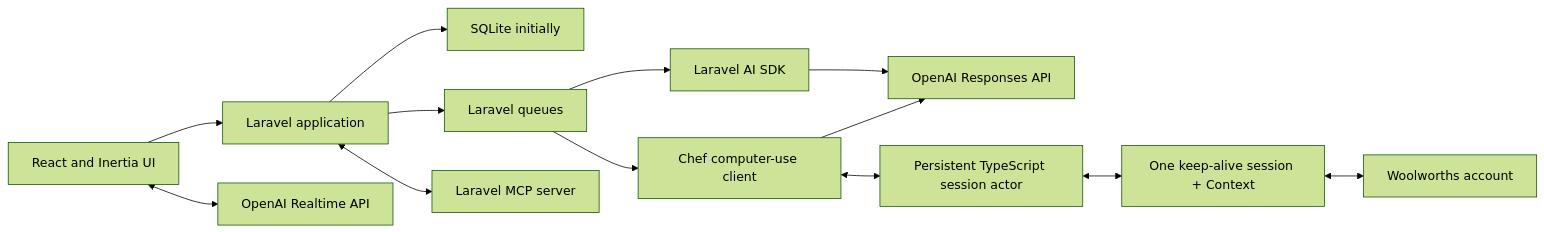
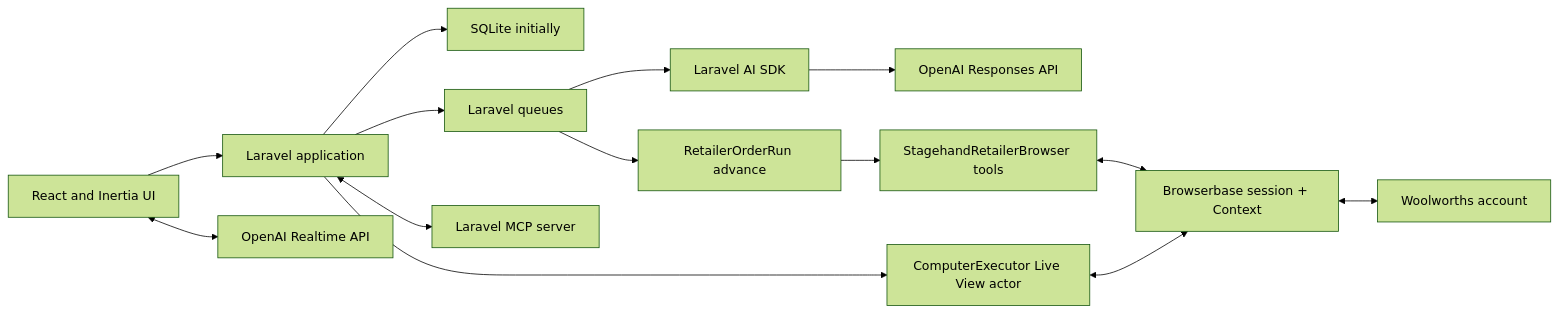
The diagram in docs/IMPLEMENTATION.md (DanielFerguson/chef), drawn with Mermaid (forest theme) before and after one commit. The commit also changed other lines of this file and 5 other files, not shown here.

First line of the commit message:
Align implementation docs with retailer order placement.

````diff
--- a/docs/IMPLEMENTATION.md
+++ b/docs/IMPLEMENTATION.md
@@ -476,15 +475,16 @@
 ```mermaid
 flowchart LR
     UI["React and Inertia UI"] --> APP["Laravel application"]
     UI <--> REALTIME["OpenAI Realtime API"]
     APP --> DB["SQLite initially"]
     APP --> QUEUE["Laravel queues"]
     QUEUE --> SDK["Laravel AI SDK"]
     SDK --> RESPONSES["OpenAI Responses API"]
-    QUEUE --> CUA["Chef computer-use client"]
-    CUA --> RESPONSES
-    CUA <--> WORKER["Persistent TypeScript session actor"]
-    WORKER <--> BB["One keep-alive session + Context"]
+    QUEUE --> RUN["RetailerOrderRun advance"]
+    RUN --> STAGEHAND["StagehandRetailerBrowser tools"]
+    STAGEHAND <--> BB["Browserbase session + Context"]
+    APP --> ACTOR["ComputerExecutor Live View actor"]
+    ACTOR <--> BB
     BB <--> WOOLIES["Woolworths account"]
     APP <--> MCP["Laravel MCP server"]
 ```
````
